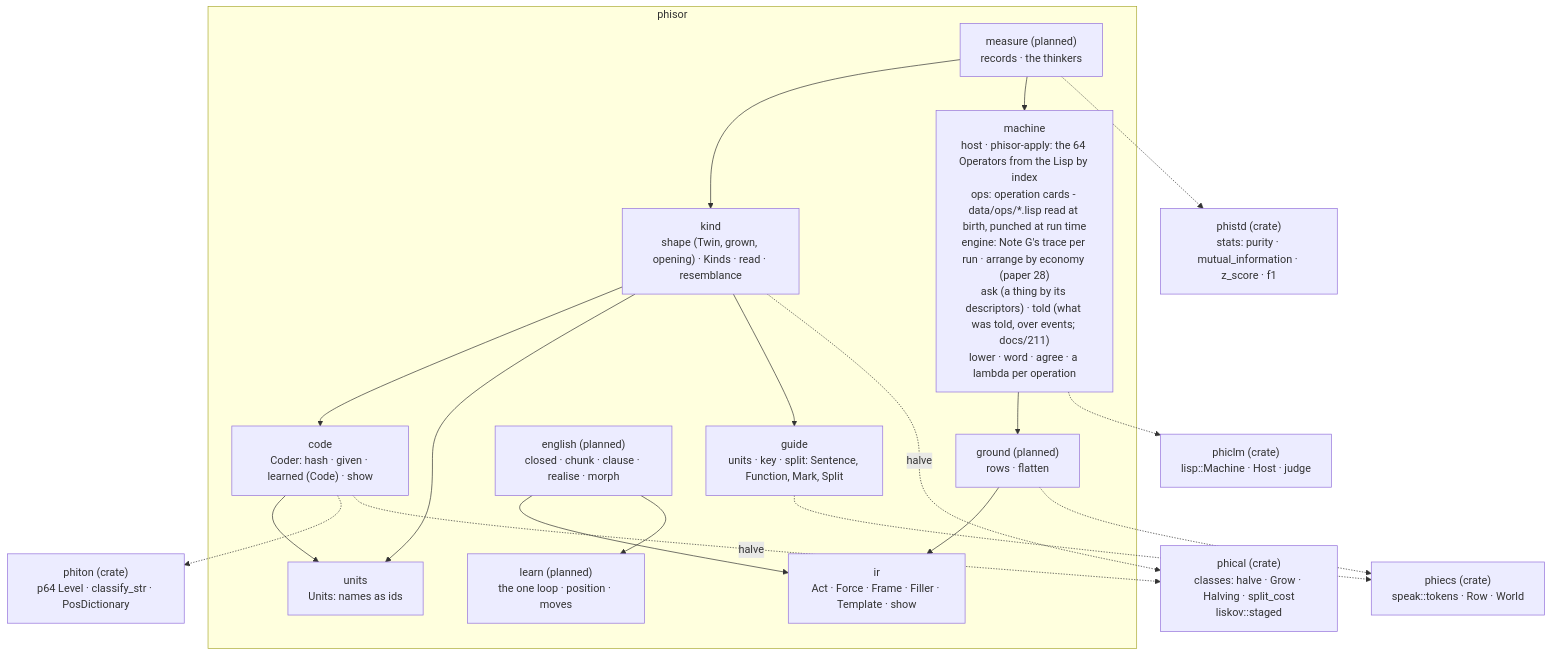
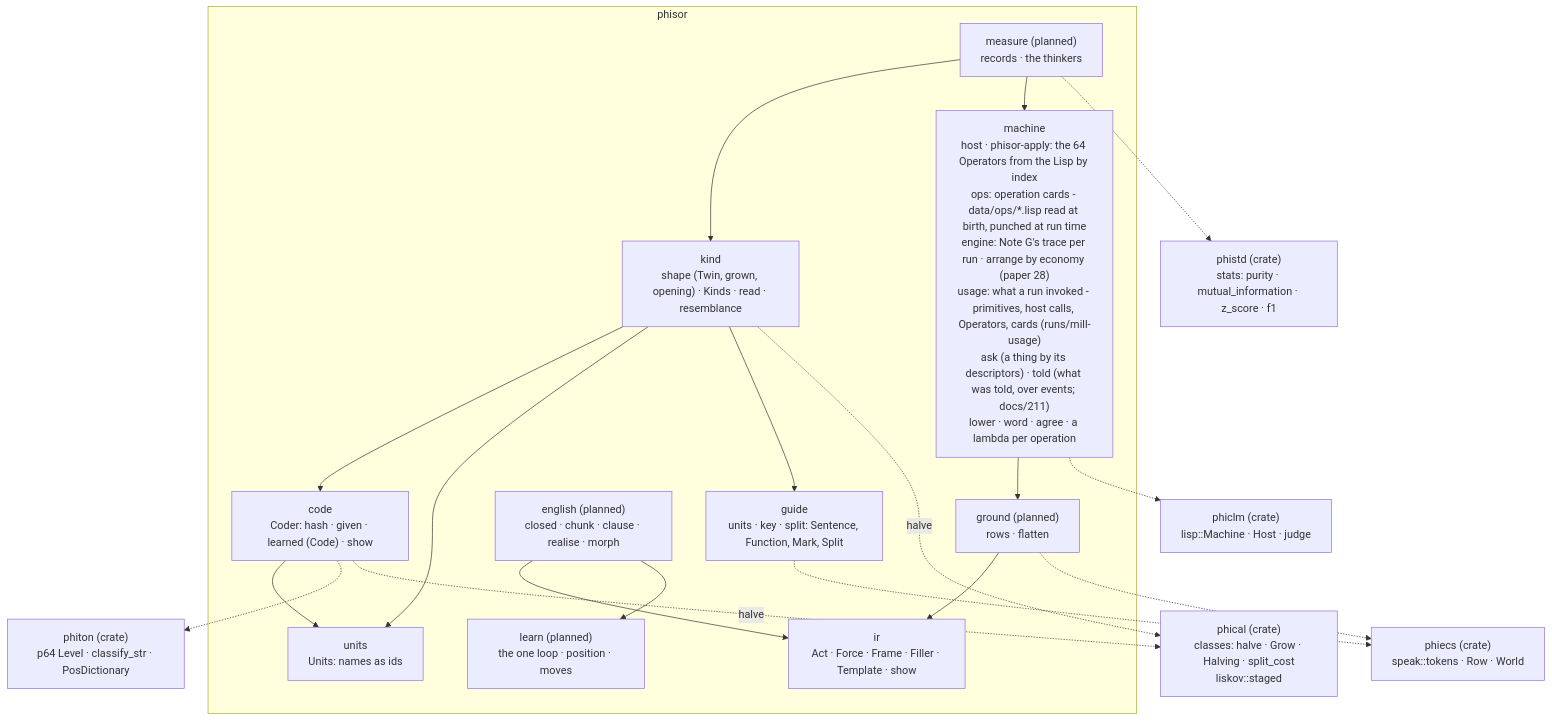
Before and after one commit to gemphi/phinet: the first of 3 diagrams in crates/phisor/ARCHITECTURE.md, drawn with Mermaid. The commit also changed 10 other files, not shown here.

First line of the commit message:
phisor: machine::usage - what a run invoked, counted; the guide's questions measured

````diff
--- a/crates/phisor/ARCHITECTURE.md
+++ b/crates/phisor/ARCHITECTURE.md
@@ -5,37 +5,37 @@
 ```mermaid
 graph TB
     subgraph crate["phisor"]
         ir["ir<br/>Act · Force · Frame · Filler · Template · show"]
         guide["guide<br/>units · key · split: Sentence, Function, Mark, Split"]
         code["code<br/>Coder: hash · given · learned (Code) · show"]
         kind["kind<br/>shape (Twin, grown, opening) · Kinds · read · resemblance"]
         units["units<br/>Units: names as ids"]
         english["english (planned)<br/>closed · chunk · clause · realise · morph"]
         learn["learn (planned)<br/>the one loop · position · moves"]
         ground["ground (planned)<br/>rows · flatten"]
-        machine["machine<br/>host · phisor-apply: the 64 Operators from the Lisp by index<br/>ops: operation cards - data/ops/*.lisp read at birth, punched at run time<br/>engine: Note G's trace per run · arrange by economy (paper 28)<br/>ask (a thing by its descriptors) · told (what was told, over events; docs/211)<br/>lower · word · agree · a lambda per operation"]
+        machine["machine<br/>host · phisor-apply: the 64 Operators from the Lisp by index<br/>ops: operation cards - data/ops/*.lisp read at birth, punched at run time<br/>engine: Note G's trace per run · arrange by economy (paper 28)<br/>usage: what a run invoked - primitives, host calls, Operators, cards (runs/mill-usage)<br/>ask (a thing by its descriptors) · told (what was told, over events; docs/211)<br/>lower · word · agree · a lambda per operation"]
         measure["measure (planned)<br/>records · the thinkers"]
     end
     code --> units
     kind --> code
     kind --> units
     kind --> guide
     english --> ir
     english --> learn
     ground --> ir
     machine --> ground
     measure --> kind
     measure --> machine
     X_phiton["phiton (crate)<br/>p64 Level · classify_str · PosDictionary"]
     X_phical["phical (crate)<br/>classes: halve · Grow · Halving · split_cost<br/>liskov::staged"]
     X_phistd["phistd (crate)<br/>stats: purity · mutual_information · z_score · f1"]
     X_phiecs["phiecs (crate)<br/>speak::tokens · Row · World"]
     X_phiclm["phiclm (crate)<br/>lisp::Machine · Host · judge"]
     code -.-> X_phiton
     code -.->|"halve"| X_phical
     kind -.->|"halve"| X_phical
     guide -.-> X_phiecs
     ground -.-> X_phiecs
     machine -.-> X_phiclm
     measure -.-> X_phistd
 ```
````
